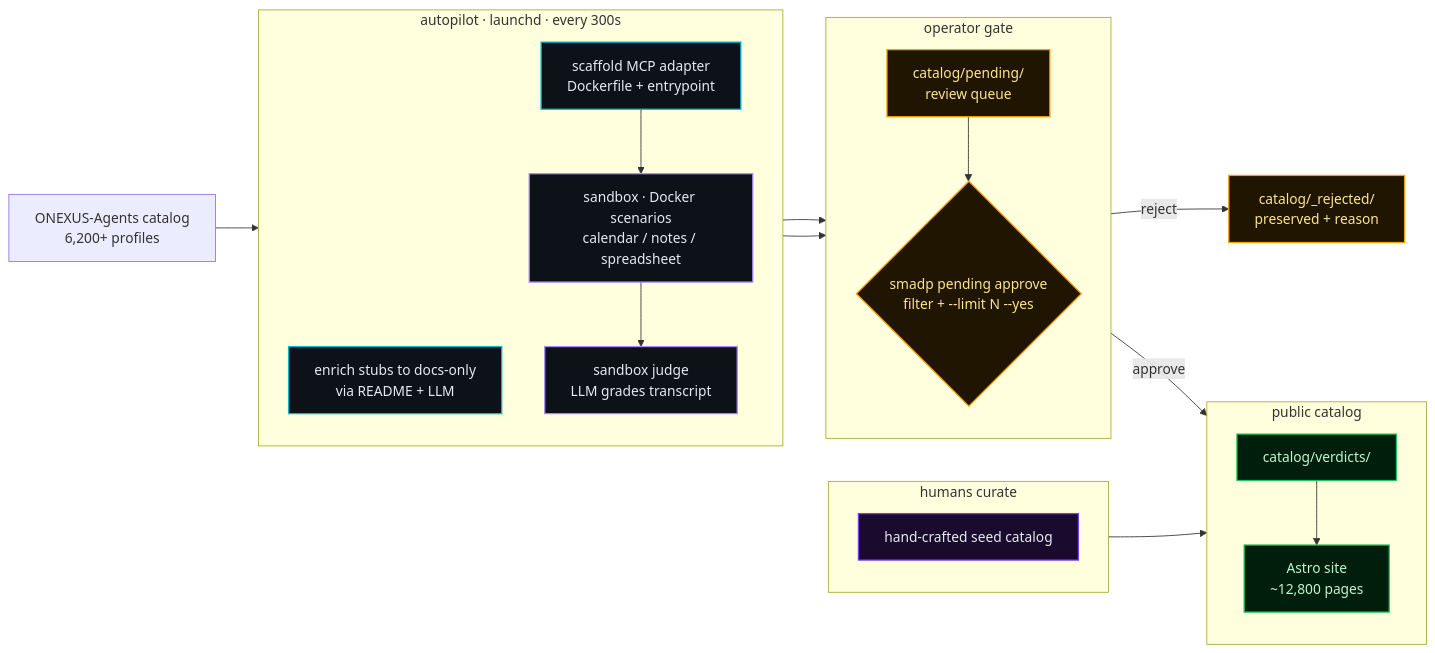
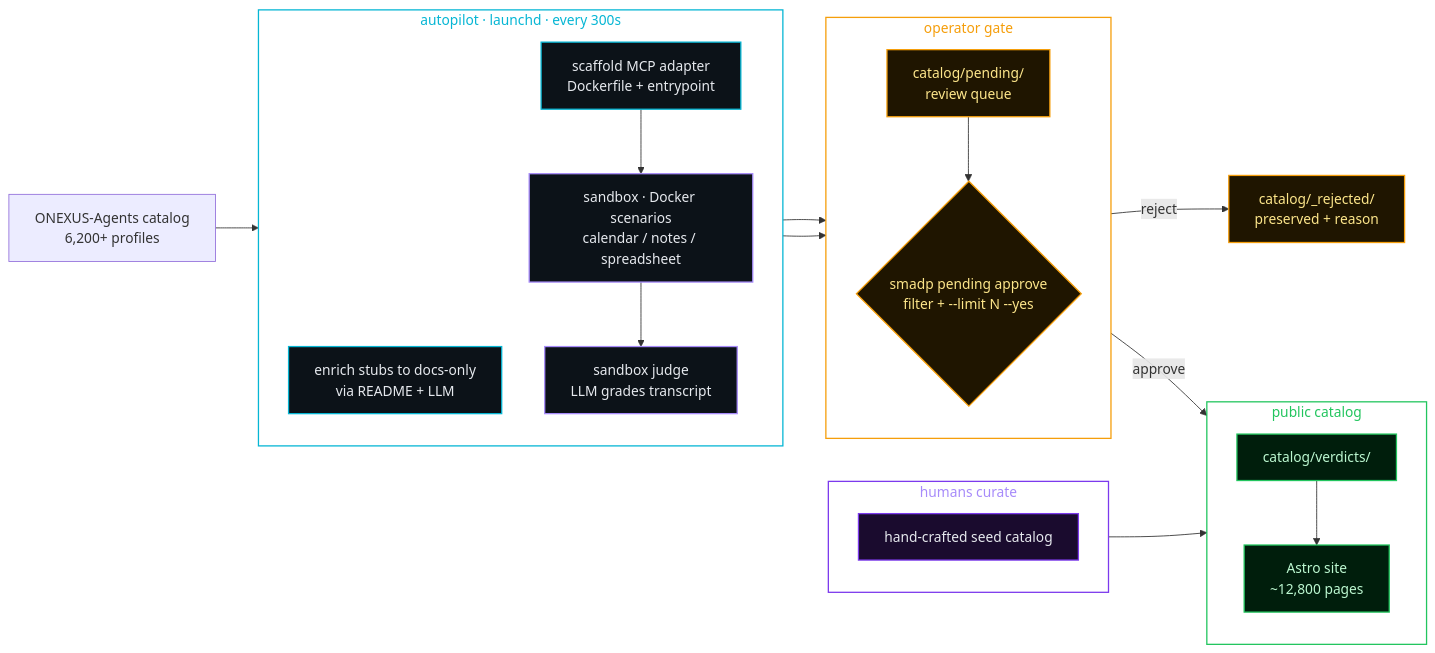
Before and after one commit to AllStreets/SMADP: the first of 3 diagrams in README.md, drawn with Mermaid. The commit also changed other lines of this file, not shown here.

Commit message:
fix(readme): transparent mermaid subgraph backgrounds
Default Mermaid subgraph fill renders as sandy yellow on GitHub's
light-theme background — looks awful next to the carefully-themed
nodes inside. Adding explicit `style <id> fill:none,...` on every
subgraph (4 in the architecture diagram, 3 in the chain topology
diagram) drops the background entirely; the colored stroke + label
still distinguishes each cluster. Now reads clean on both light and
dark GitHub themes.

The sandbox/judge sequence diagram has no subgraphs, so it was
already fine.

````diff
--- a/README.md
+++ b/README.md
@@ -60,46 +60,54 @@
 ```mermaid
 flowchart LR
   classDef src   fill:#1a0b2e,stroke:#7C3AED,stroke-width:1.5px,color:#e6e9ee
   classDef llm   fill:#0c1218,stroke:#06B6D4,stroke-width:1.5px,color:#e6e9ee
   classDef judge fill:#0c1218,stroke:#A78BFA,stroke-width:1.5px,color:#e6e9ee
   classDef gate  fill:#1f1500,stroke:#F59E0B,stroke-width:1.5px,color:#fde68a
   classDef pub   fill:#001e0c,stroke:#22C55E,stroke-width:1.5px,color:#bbf7d0
 
   subgraph H["humans curate"]
     direction TB
     SEED[hand-crafted seed catalog]:::src
   end
 
   subgraph A["autopilot · launchd · every 300s"]
     direction TB
     ENRICH[enrich stubs to docs-only<br/>via README + LLM]:::llm
     SCAFFOLD[scaffold MCP adapter<br/>Dockerfile + entrypoint]:::llm
     RUN[sandbox · Docker scenarios<br/>calendar / notes / spreadsheet]:::judge
     GRADE[sandbox judge<br/>LLM grades transcript]:::judge
   end
 
   subgraph G["operator gate"]
     direction TB
     PENDING[catalog/pending/<br/>review queue]:::gate
     APPROVE{smadp pending approve<br/>filter + --limit N --yes}:::gate
   end
 
   subgraph P["public catalog"]
     direction TB
     VERDICTS[catalog/verdicts/]:::pub
     SITE[Astro site<br/>~12,800 pages]:::pub
   end
 
   ONEXUS[ONEXUS-Agents catalog<br/>6,200+ profiles] --> ENRICH
   SEED --> VERDICTS
 
   ENRICH --> PENDING
   SCAFFOLD --> RUN
   RUN --> GRADE
   GRADE --> PENDING
 
   PENDING --> APPROVE
   APPROVE -->|approve| VERDICTS
   APPROVE -->|reject| REJECTED[catalog/_rejected/<br/>preserved + reason]:::gate
   VERDICTS --> SITE
+
+  %% Make subgraph backgrounds transparent so they look clean on both
+  %% GitHub light and dark themes (the default fill renders as sandy
+  %% yellow on the light background).
+  style H fill:none,stroke:#7C3AED,stroke-width:1.5px,color:#A78BFA
+  style A fill:none,stroke:#06B6D4,stroke-width:1.5px,color:#06B6D4
+  style G fill:none,stroke:#F59E0B,stroke-width:1.5px,color:#F59E0B
+  style P fill:none,stroke:#22C55E,stroke-width:1.5px,color:#22C55E
 ```
````
